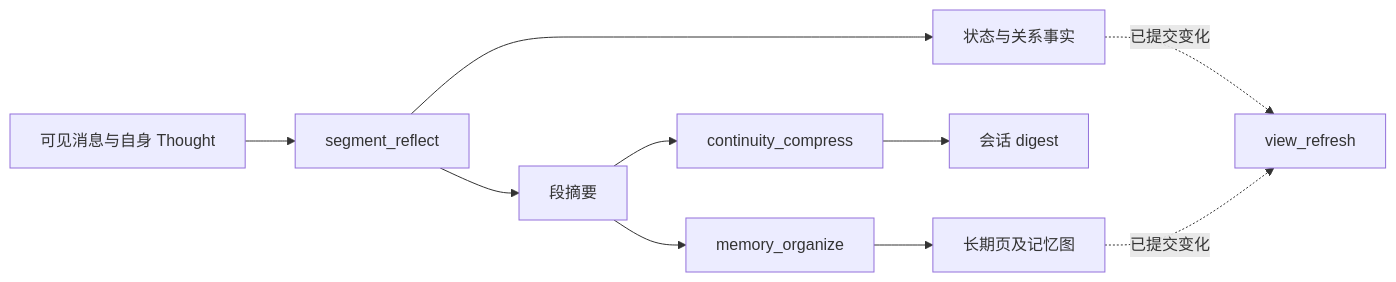
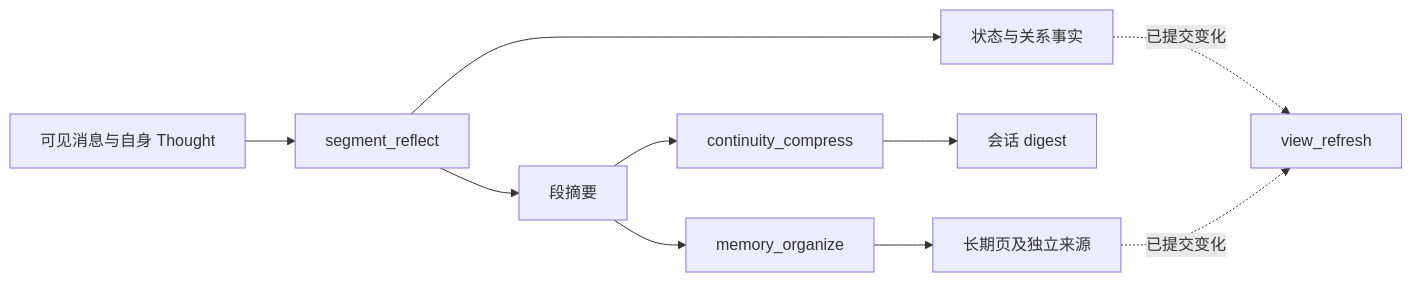
Before and after one commit to Weilan0811/echo-commons: the diagram in server/docs/design/reflection/README.md, drawn with Mermaid. The commit also changed other lines of this file and 95 other files, not shown here.

Commit message:
refactor: remove entity graph memory and retrieval

````diff
--- a/server/docs/design/reflection/README.md
+++ b/server/docs/design/reflection/README.md
@@ -12,12 +12,12 @@
 ```mermaid
 flowchart LR
   M[可见消息与自身 Thought] --> S[segment_reflect]
   S --> SS[段摘要]
   S --> F[状态与关系事实]
   SS --> C[continuity_compress]
   SS --> O[memory_organize]
   C --> D[会话 digest]
-  O --> L[长期页及记忆图]
+  O --> L[长期页及独立来源]
   F -. 已提交变化 .-> V[view_refresh]
   L -. 已提交变化 .-> V
 ```
````
